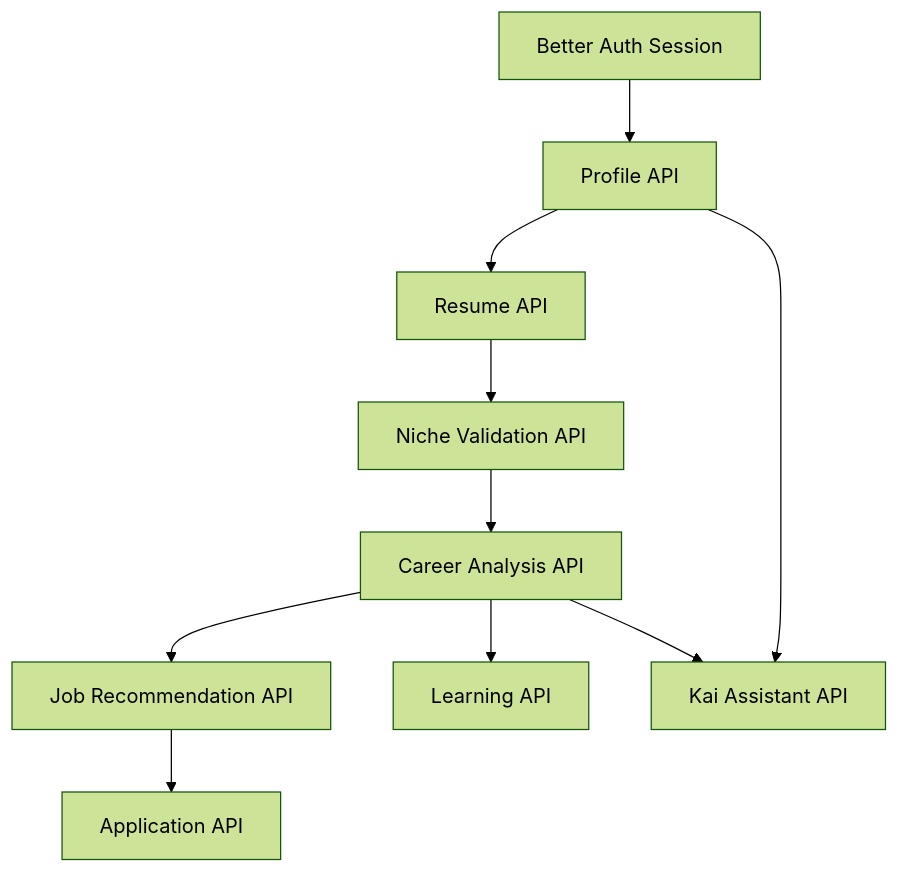
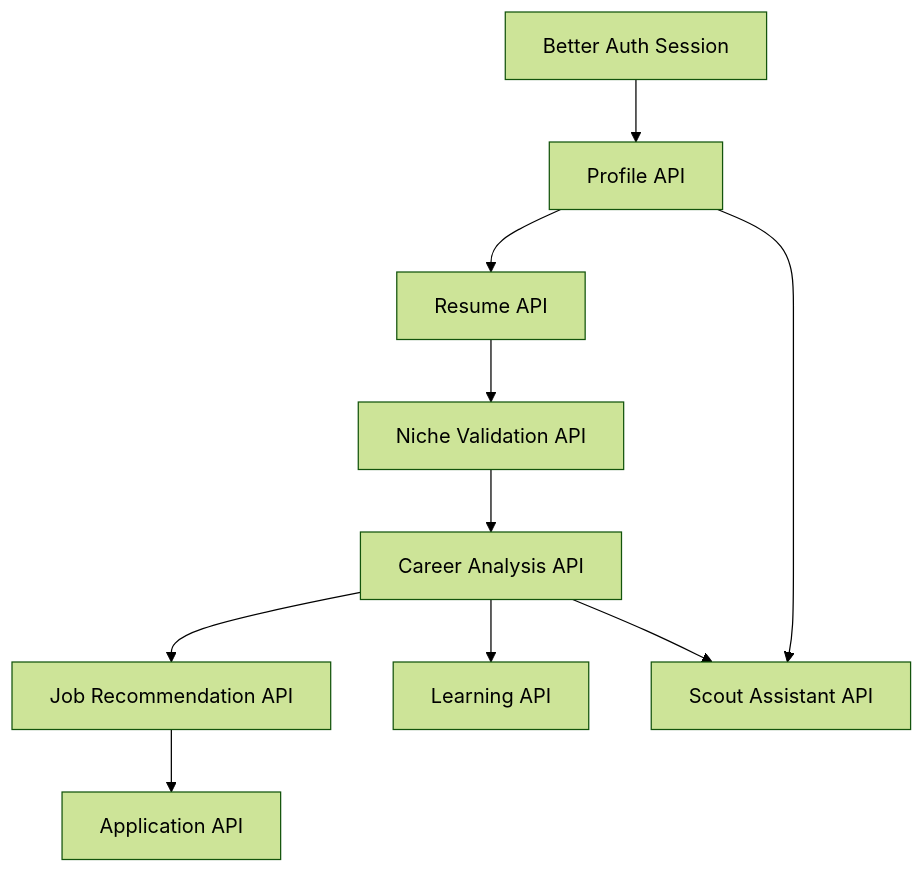
Before and after one commit to Mirzzie/Fadi: the diagram in docs/MVP_API_REQUIREMENTS.md, drawn with Mermaid (forest theme). The commit also changed other lines of this file and 142 other files, not shown here.

First line of the commit message:
feat!: rename Kai → Scout — the agent that finds what's ahead of you

````diff
--- a/docs/MVP_API_REQUIREMENTS.md
+++ b/docs/MVP_API_REQUIREMENTS.md
@@ -90,12 +90,12 @@
 ```mermaid
 flowchart TD
     Auth[Better Auth Session] --> Profile[Profile API]
     Profile --> Resume[Resume API]
     Resume --> Niche[Niche Validation API]
     Niche --> Analysis[Career Analysis API]
     Analysis --> Jobs[Job Recommendation API]
     Analysis --> Learning[Learning API]
     Jobs --> Applications[Application API]
-    Profile --> Assistant[Kai Assistant API]
+    Profile --> Assistant[Scout Assistant API]
     Analysis --> Assistant
 ```
````
